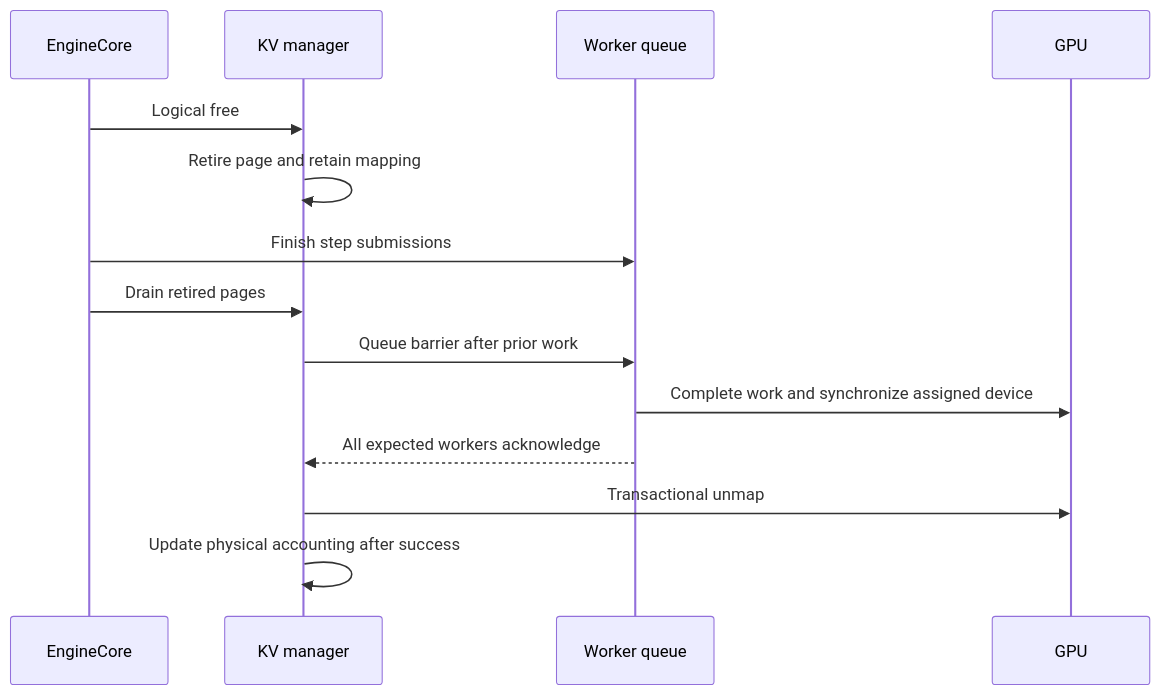
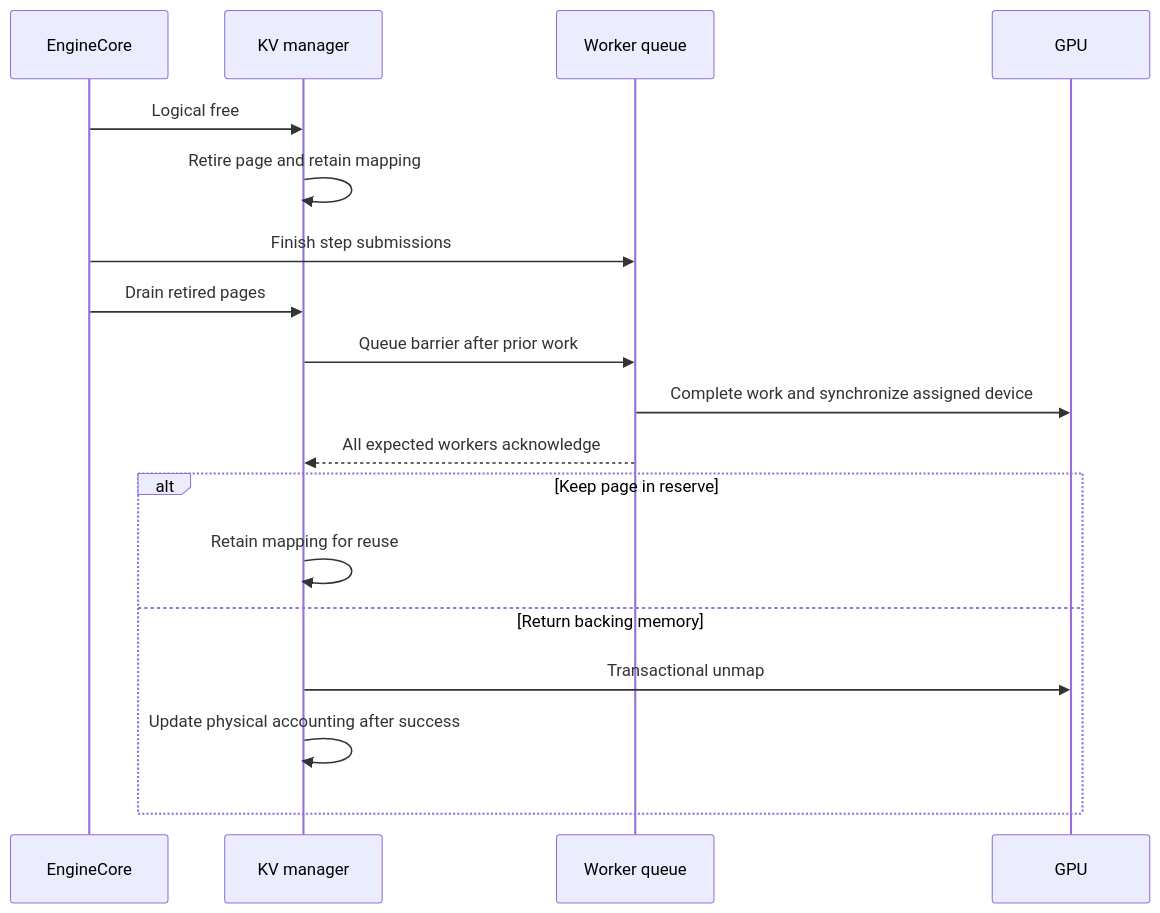
One commit to shipiyouniao/shipiyouniao.github.io changed the second of 2 diagrams in src/articles/en/async-unmap.md. Above: the diagram before and after it, drawn with Mermaid. The commit also changed other lines of this file and 35 other files, not shown here.

````diff
--- a/src/articles/en/async-unmap.md
+++ b/src/articles/en/async-unmap.md
@@ -28,16 +28,20 @@
 ```mermaid
 sequenceDiagram
     participant E as EngineCore
     participant M as KV manager
     participant W as Worker queue
     participant G as GPU
     E->>M: Logical free
     M->>M: Retire page and retain mapping
     E->>W: Finish step submissions
     E->>M: Drain retired pages
     M->>W: Queue barrier after prior work
     W->>G: Complete work and synchronize assigned device
     W-->>M: All expected workers acknowledge
+    alt Keep page in reserve
+    M->>M: Retain mapping for reuse
+    else Return backing memory
     M->>G: Transactional unmap
     M->>M: Update physical accounting after success
+    end
 ```
````
